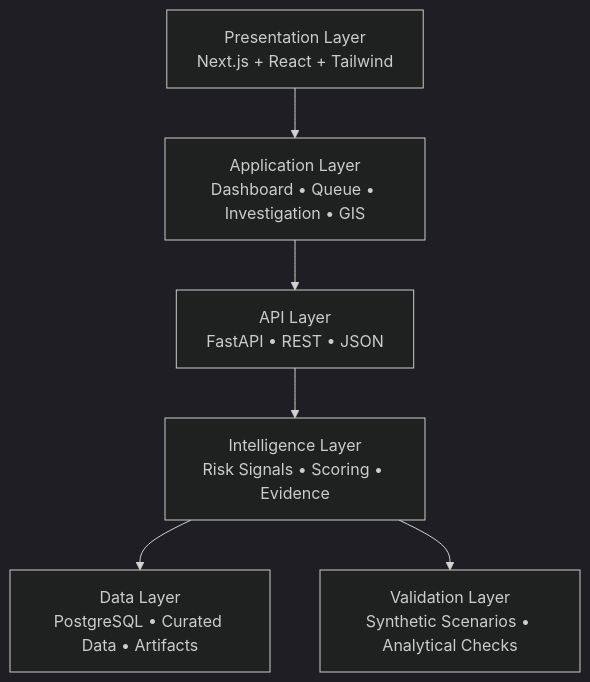
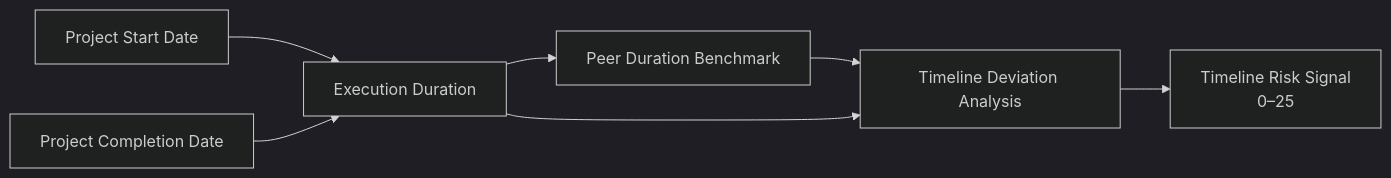
The fourth of 32 diagrams in README.md (the-nidhi-bhat/mplads-sentinel), drawn with Mermaid (dark theme) before and after one commit. The commit also changed other lines of this file, not shown here.

````diff
--- a/README.md
+++ b/README.md
@@ -667,16 +237,17 @@
 ```mermaid
-flowchart TB
+flowchart LR
 
-    A["Presentation Layer<br/>Next.js + React + Tailwind"]
-    B["Application Layer<br/>Dashboard • Queue • Investigation • GIS"]
-    C["API Layer<br/>FastAPI • REST • JSON"]
-    D["Intelligence Layer<br/>Risk Signals • Scoring • Evidence"]
-    E["Data Layer<br/>PostgreSQL • Curated Data • Artifacts"]
-    F["Validation Layer<br/>Synthetic Scenarios • Analytical Checks"]
+    A["Project Start Date"]
+    --> B["Execution Duration"]
 
-    A --> B
-    B --> C
-    C --> D
-    D --> E
-    D --> F
+    C["Project Completion Date"]
+    --> B
+
+    B --> D["Peer Duration Benchmark"]
+
+    D --> E["Timeline Deviation Analysis"]
+
+    B --> E
+
+    E --> F["Timeline Risk Signal<br/>0–25"]
 ```
````
